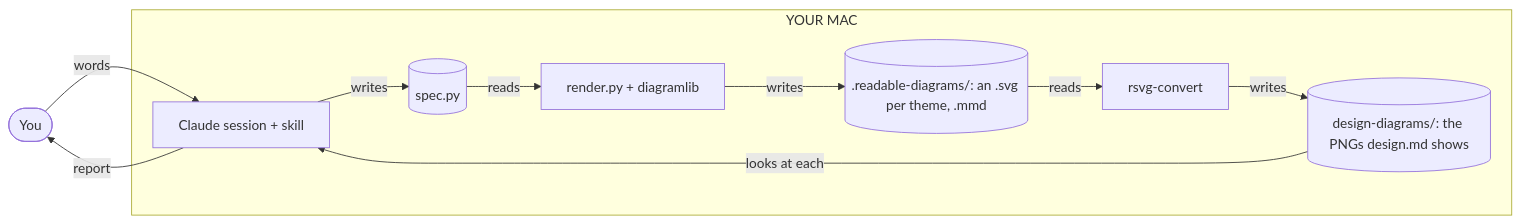
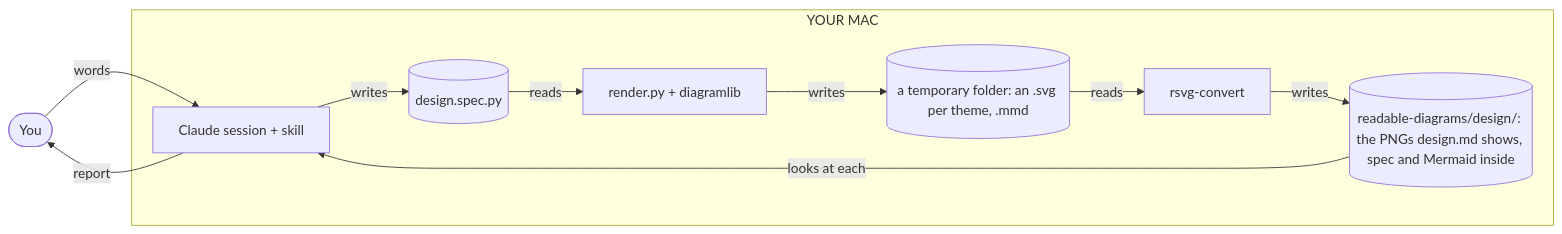
One commit to DanTanzer/dans-skills changed the first of 2 diagrams in skills/readable-diagrams/HOW-IT-WORKS.md. Above: the diagram before and after it, drawn with Mermaid. The commit also changed other lines of this file and 15 other files, not shown here.

First line of the commit message:
readable-diagrams: spec inside each PNG, light by default, readable-diagrams/<doc>/ folders (#4)

````diff
--- a/skills/readable-diagrams/HOW-IT-WORKS.md
+++ b/skills/readable-diagrams/HOW-IT-WORKS.md
@@ -41,14 +41,14 @@
 ```mermaid
 flowchart LR
   you(["You"])
   subgraph mac["YOUR MAC"]
-    claude["Claude session + skill"] -->|writes| spec[("spec.py")]
+    claude["Claude session + skill"] -->|writes| spec[("design.spec.py")]
     spec -->|reads| render["render.py + diagramlib"]
-    render -->|writes| build[(".readable-diagrams/: an .svg per theme, .mmd")]
+    render -->|writes| build[("a temporary folder: an .svg per theme, .mmd")]
     build -->|reads| exporter["rsvg-convert"]
-    exporter -->|writes| pngs[("design-diagrams/: the PNGs design.md shows")]
+    exporter -->|writes| pngs[("readable-diagrams/design/: the PNGs design.md shows, spec and Mermaid inside")]
     pngs -->|looks at each| claude
   end
   you -->|words| claude
   claude -->|report| you
 ```
````
